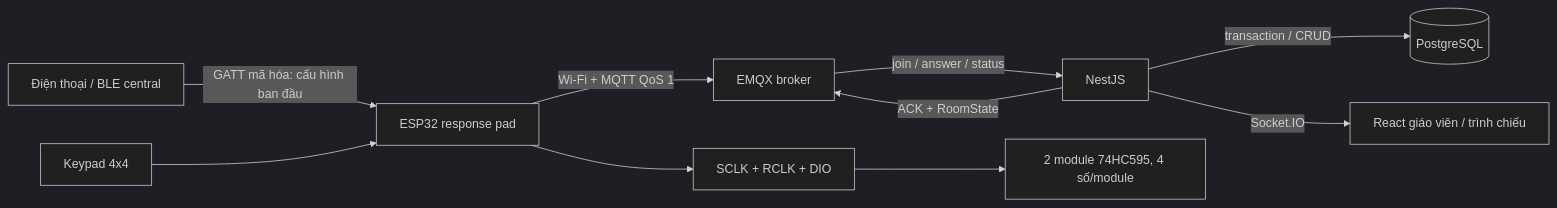
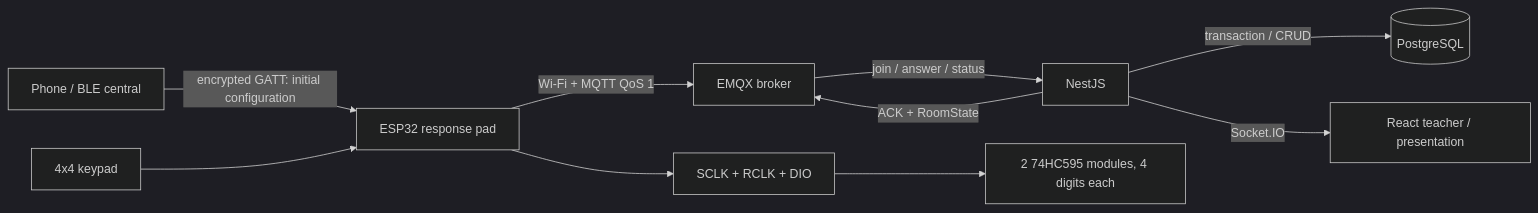
One commit to nahhao74/QUIZ_Remote changed the diagram in web/docs/course-alignment.md. Above: the diagram before and after it, drawn with Mermaid (dark theme). The commit also changed other lines of this file and 16 other files, not shown here.

````diff
--- a/web/docs/course-alignment.md
+++ b/web/docs/course-alignment.md
@@ -23,12 +23,12 @@
 ```mermaid
 flowchart LR
-  Phone[Điện thoại / BLE central] -->|GATT mã hóa: cấu hình ban đầu| Pad[ESP32 response pad]
-  Keypad[Keypad 4x4] --> Pad
+  Phone[Phone / BLE central] -->|encrypted GATT: initial configuration| Pad[ESP32 response pad]
+  Keypad[4x4 keypad] --> Pad
   Pad -->|Wi-Fi + MQTT QoS 1| Broker[EMQX broker]
   Broker -->|join / answer / status| API[NestJS]
   API -->|transaction / CRUD| DB[(PostgreSQL)]
   API -->|ACK + RoomState| Broker
-  API -->|Socket.IO| Web[React giáo viên / trình chiếu]
+  API -->|Socket.IO| Web[React teacher / presentation]
   Pad --> Shift[SCLK + RCLK + DIO]
-  Shift --> LEDs[2 module 74HC595, 4 số/module]
+  Shift --> LEDs[2 74HC595 modules, 4 digits each]
 ```
````
